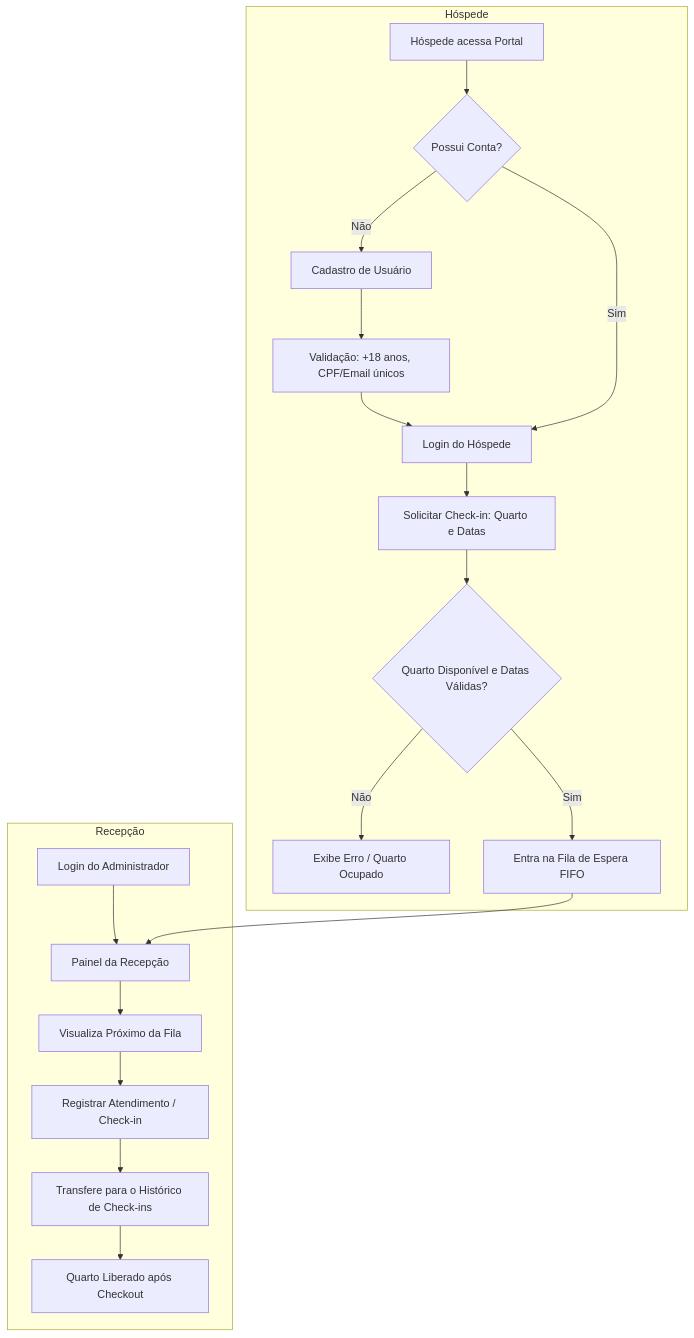
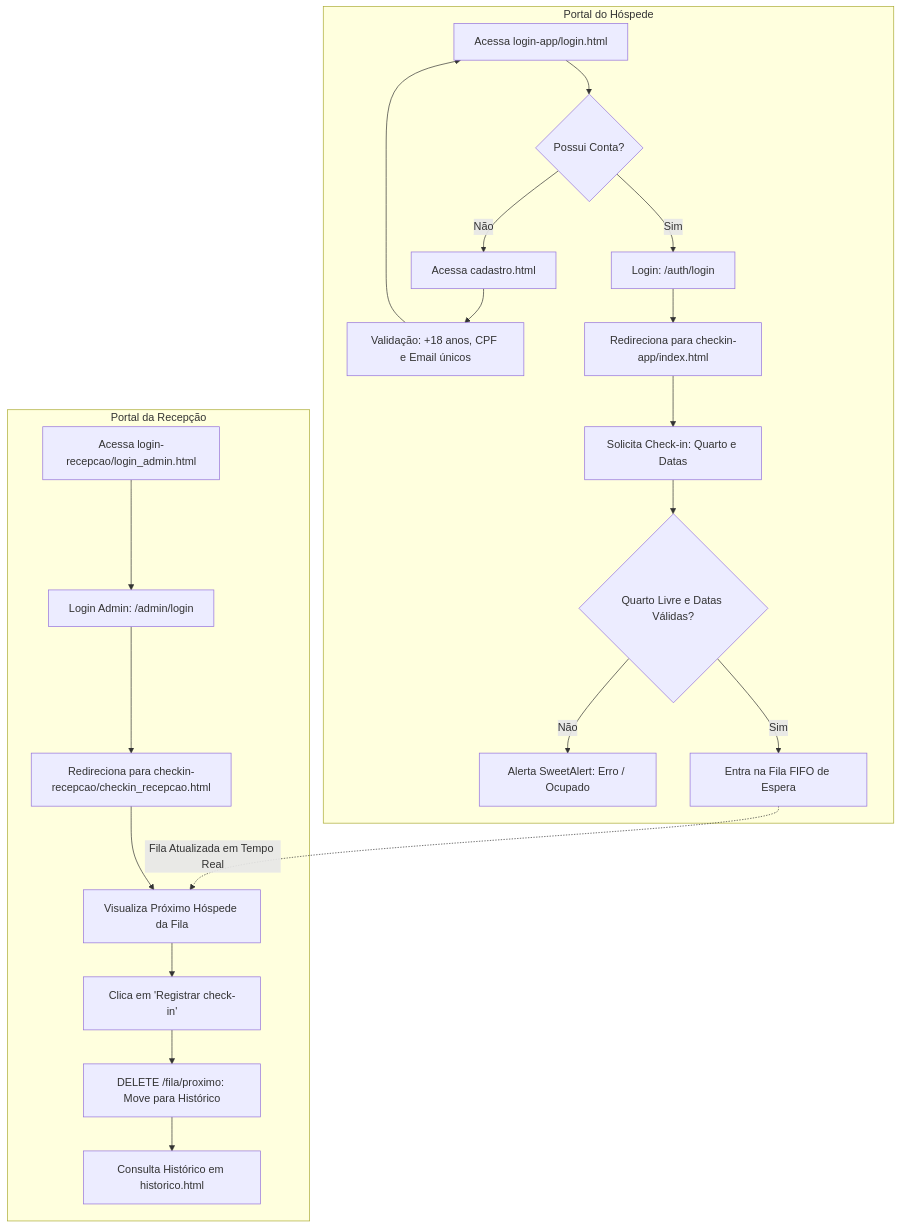
The diagram in README.md (jcdev01/hotel-CheckQ), drawn with Mermaid before and after one commit. The commit also changed other lines of this file, not shown here.

````diff
--- a/README.md
+++ b/README.md
@@ -59,23 +79,25 @@
 ```mermaid
 flowchart TD
-    subgraph Hóspede
-        A[Hóspede acessa Portal] --> B{Possui Conta?}
-        B -- Não --> C[Cadastro de Usuário]
-        C --> D[Validação: +18 anos, CPF/Email únicos]
-        D --> E[Login do Hóspede]
-        B -- Sim --> E
-        E --> F[Solicitar Check-in: Quarto e Datas]
-        F --> G{Quarto Disponível e Datas Válidas?}
-        G -- Não --> H[Exibe Erro / Quarto Ocupado]
-        G -- Sim --> I[Entra na Fila de Espera FIFO]
+    subgraph Portal do Hóspede
+        H1[Acessa login-app/login.html] --> H2{Possui Conta?}
+        H2 -- Não --> H3[Acessa cadastro.html]
+        H3 --> H4[Validação: +18 anos, CPF e Email únicos]
+        H4 --> H1
+        H2 -- Sim --> H5[Login: /auth/login]
+        H5 --> H6[Redireciona para checkin-app/index.html]
+        H6 --> H7[Solicita Check-in: Quarto e Datas]
+        H7 --> H8{Quarto Livre e Datas Válidas?}
+        H8 -- Não --> H9[Alerta SweetAlert: Erro / Ocupado]
+        H8 -- Sim --> H10[Entra na Fila FIFO de Espera]
     end
 
-    subgraph Recepção
-        J[Login do Administrador] --> K[Painel da Recepção]
-        I --> K
-        K --> L[Visualiza Próximo da Fila]
-        L --> M[Registrar Atendimento / Check-in]
-        M --> N[Transfere para o Histórico de Check-ins]
-        N --> O[Quarto Liberado após Checkout]
+    subgraph Portal da Recepção
+        R1[Acessa login-recepcao/login_admin.html] --> R2[Login Admin: /admin/login]
+        R2 --> R3[Redireciona para checkin-recepcao/checkin_recepcao.html]
+        H10 -. Fila Atualizada em Tempo Real .-> R4[Visualiza Próximo Hóspede da Fila]
+        R3 --> R4
+        R4 --> R5[Clica em 'Registrar check-in']
+        R5 --> R6[DELETE /fila/proximo: Move para Histórico]
+        R6 --> R7[Consulta Histórico em historico.html]
     end
 ```
````
